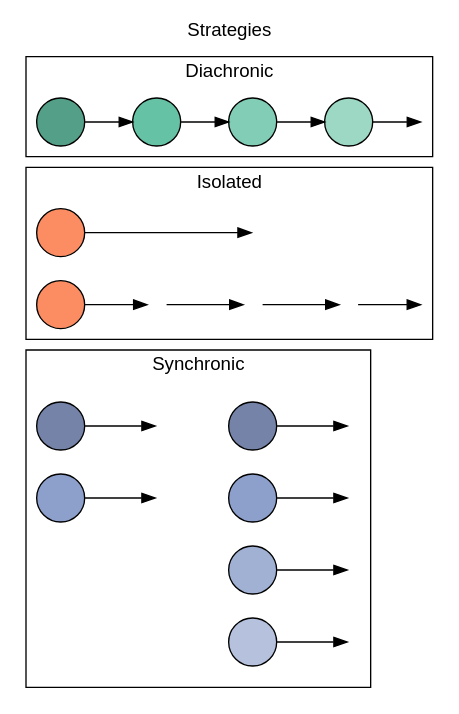
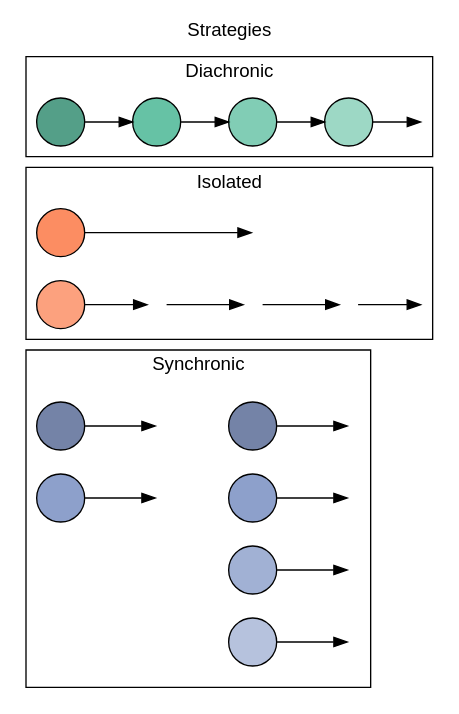
One commit to pedmiston/diachronic-teams changed the diagram in totems/inst/extdata/team-structures-all.gv. Above: the diagram before and after it, drawn with Graphviz.

Commit message:
Give isolated teams a different shade

```diff
--- a/totems/inst/extdata/team-structures-all.gv
+++ b/totems/inst/extdata/team-structures-all.gv
@@ -1,71 +1,72 @@
 digraph {
   rankdir=LR;
   label="Strategies";
   labelloc=t;
   fontname=helvetica;
   // bgcolor=transparent;
 
   node[fontname=helvetica; label=""; style=filled; shape=circle];
 
   // Set cluster order (top to bottom) by initializing
   // nodes in each cluster starting from bottom to top
   s1, solo, d1;
 
   // Colors are people
   d1[fillcolor="#549F88"];
   d2[fillcolor="#66C2A5"];
   d3[fillcolor="#81CDB5"];
   d4[fillcolor="#9DD8C5"];
   s1[fillcolor="#7483A7"];
   s2[fillcolor="#8DA0CB"];
   s4_1[fillcolor="#7483A7"];
   s4_2[fillcolor="#8DA0CB"];
   s4_3[fillcolor="#A1B1D4"];
   s4_4[fillcolor="#B6C2DD"];
-  solo, solo_s1[fillcolor="#FC8D62"];
+  solo[fillcolor="#FC8D62"];
+  solo_s1[fillcolor="#FCA17E"];
 
   // Invisible last nodes
   dinv1, soloinv1, soloinv2, sinv1, sinv2, s4inv1, s4inv2, s4inv3, s4inv4[style=invis, width=0];
 
   subgraph cluster1 {
     label="Diachronic";
     d1 -> d2 -> d3 -> d4 -> dinv1;
   }
 
   subgraph cluster2 {
     label="Isolated";
     solo -> soloinv1[minlen=2];
     solo_s1 -> solo_s2 -> solo_s3 -> solo_s4 -> soloinv2;
 
     solo_s2, solo_s3, solo_s4[style=invis, width=0.2];
   }
 
   subgraph cluster3 {
     label="Synchronic";
     rankdir=TB;
 
     subgraph cluster3a {
       label="";
       margin = 0;
       style = invis;
       s1 -> sinv1;
       s2 -> sinv2;
     }
 
     subgraph cluster3b {
       label="";
       style = invis;
       s4_1 -> s4inv1;
       s4_2 -> s4inv2;
       s4_3 -> s4inv3;
       s4_4 -> s4inv4;
     }
 
     {edge[style=invis]
       {sinv1 sinv2} -> {s4_1 s4_2}
     }
 
 
   }
 
 }
```
